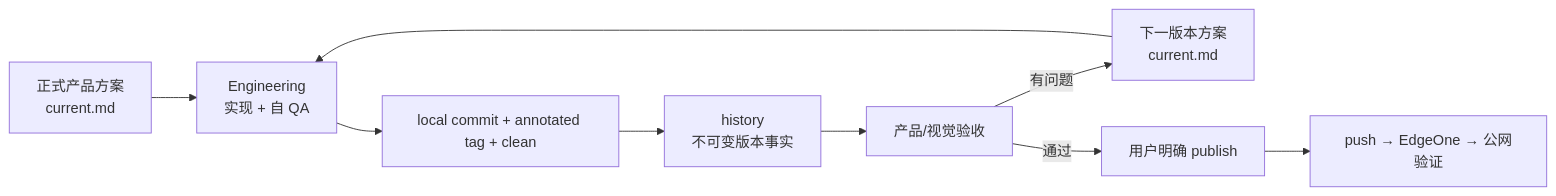
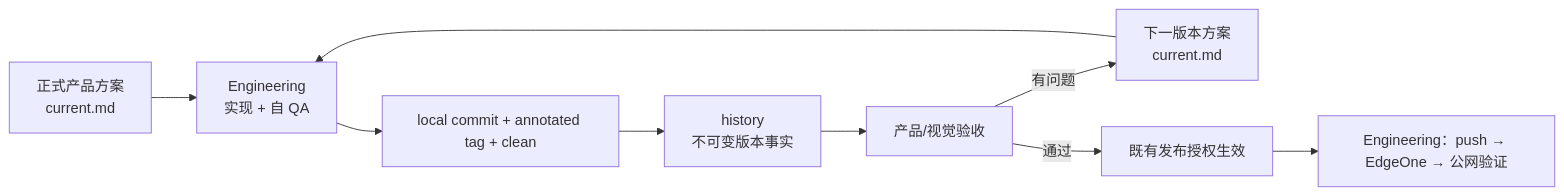
One commit to Chizheng4/xingbuild changed the diagram in docs/rules/iteration-and-release.md. Above: the diagram before and after it, drawn with Mermaid. The commit also changed other lines of this file and 10 other files, not shown here.

````diff
--- a/docs/rules/iteration-and-release.md
+++ b/docs/rules/iteration-and-release.md
@@ -7,11 +7,11 @@
 ```mermaid
 flowchart LR
     A["正式产品方案\ncurrent.md"] --> B["Engineering\n实现 + 自 QA"]
     B --> C["local commit + annotated tag + clean"]
     C --> D["history\n不可变版本事实"]
     D --> E["产品/视觉验收"]
     E -->|有问题| F["下一版本方案\ncurrent.md"]
     F --> B
-    E -->|通过| G["用户明确 publish"]
-    G --> H["push → EdgeOne → 公网验证"]
+    E -->|通过| G["既有发布授权生效"]
+    G --> H["Engineering：push → EdgeOne → 公网验证"]
 ```
````
